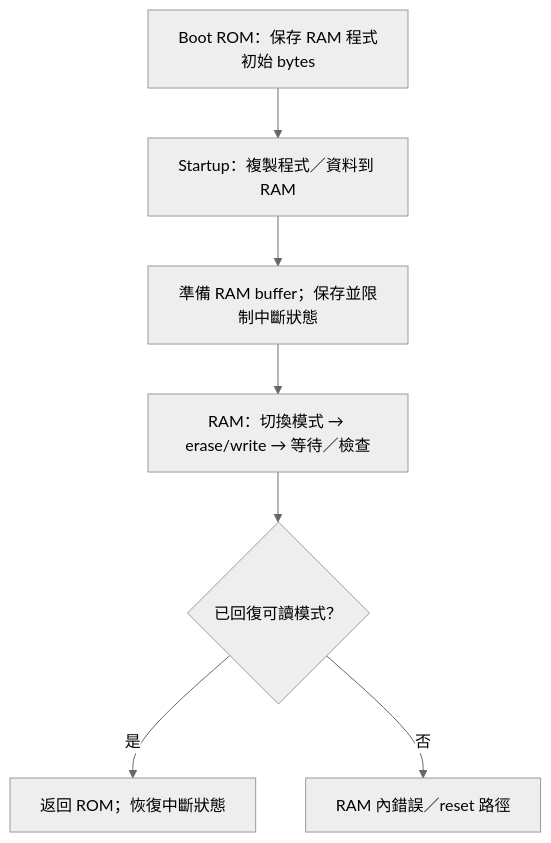
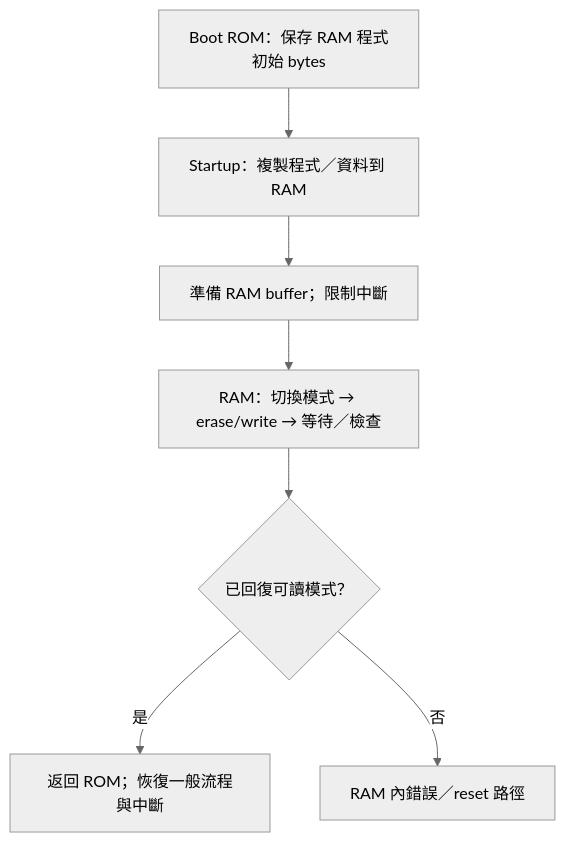
The tenth of 12 diagrams in index.md (released/slide_boot_loader_for_RL78), drawn with Mermaid (neutral theme) before and after one commit.

Commit message:
Clarify RAM Flash critical-section flow

````diff
--- a/index.md
+++ b/index.md
@@ -1377,9 +1377,9 @@
 ```mermaid
 flowchart TD
     ROM["Boot ROM：保存 RAM 程式初始 bytes"] --> COPY["Startup：複製程式／資料到 RAM"]
-    COPY --> PREP["準備 RAM buffer；保存並限制中斷狀態"]
+    COPY --> PREP["準備 RAM buffer；限制中斷"]
     PREP --> RAM["RAM：切換模式 → erase/write → 等待／檢查"]
     RAM --> MODE{"已回復可讀模式？"}
-    MODE -->|是| RETURN["返回 ROM；恢復中斷狀態"]
+    MODE -->|是| RETURN["返回 ROM；恢復一般流程與中斷"]
     MODE -->|否| FAIL["RAM 內錯誤／reset 路徑"]
 ```
````
